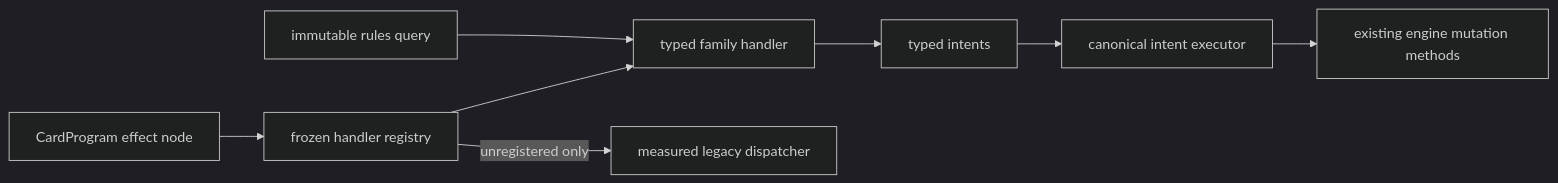
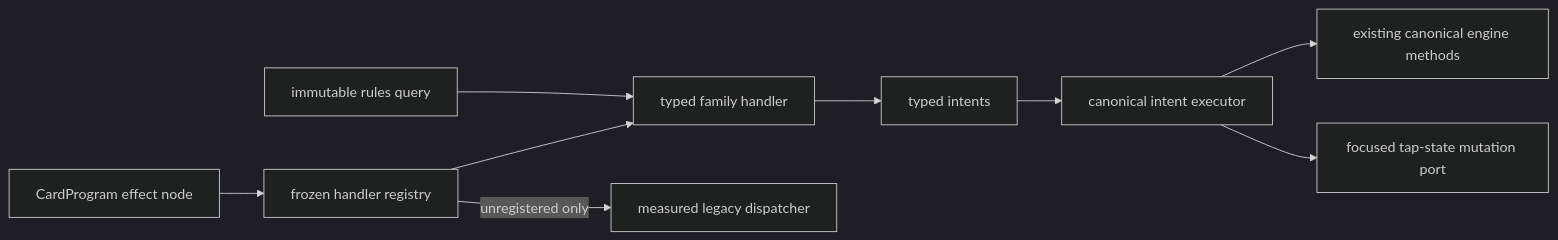
The diagram in docs/architecture/semantic-handlers.md (MoellerJDev/mtg-commander-sim), drawn with Mermaid (dark theme) before and after one commit. The commit also changed other lines of this file and 53 other files, not shown here.

````diff
--- a/docs/architecture/semantic-handlers.md
+++ b/docs/architecture/semantic-handlers.md
@@ -17,10 +18,11 @@
 ```mermaid
 flowchart LR
     Program["CardProgram effect node"] --> Registry["frozen handler registry"]
     Query["immutable rules query"] --> Handler["typed family handler"]
     Registry --> Handler
     Handler --> Intents["typed intents"]
     Intents --> Executor["canonical intent executor"]
-    Executor --> Engine["existing engine mutation methods"]
+    Executor --> Engine["existing canonical engine methods"]
+    Executor --> TapPort["focused tap-state mutation port"]
     Registry -->|"unregistered only"| Legacy["measured legacy dispatcher"]
 ```
````
